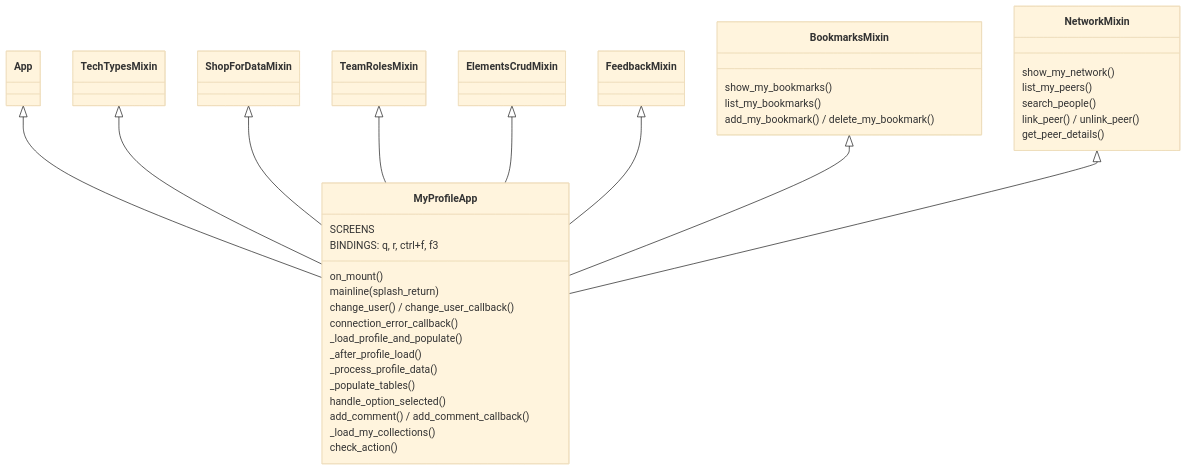
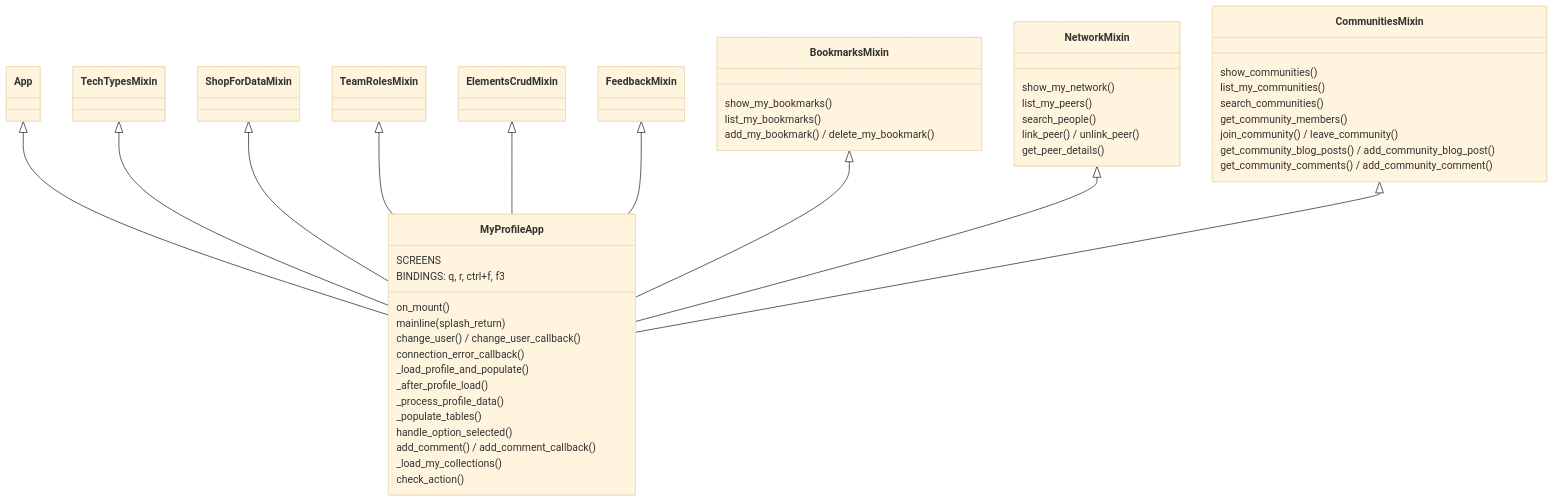
The first of 10 diagrams in docs/My-Egeria-Doc.md (odpi/egeria-python), drawn with Mermaid (base theme) before and after one commit. The commit also changed other lines of this file and 13 other files, not shown here.

````diff
--- a/docs/My-Egeria-Doc.md
+++ b/docs/My-Egeria-Doc.md
@@ -44,45 +46,55 @@
 ```mermaid
 classDiagram
     class App
     class MyProfileApp {
         SCREENS
         BINDINGS: q, r, ctrl+f, f3
         on_mount()
         mainline(splash_return)
         change_user() / change_user_callback()
         connection_error_callback()
         _load_profile_and_populate()
         _after_profile_load()
         _process_profile_data()
         _populate_tables()
         handle_option_selected()
         add_comment() / add_comment_callback()
         _load_my_collections()
         check_action()
     }
     class TechTypesMixin
     class ShopForDataMixin
     class TeamRolesMixin
     class ElementsCrudMixin
     class FeedbackMixin
     class BookmarksMixin {
         show_my_bookmarks()
         list_my_bookmarks()
         add_my_bookmark() / delete_my_bookmark()
     }
     class NetworkMixin {
         show_my_network()
         list_my_peers()
         search_people()
         link_peer() / unlink_peer()
         get_peer_details()
     }
+    class CommunitiesMixin {
+        show_communities()
+        list_my_communities()
+        search_communities()
+        get_community_members()
+        join_community() / leave_community()
+        get_community_blog_posts() / add_community_blog_post()
+        get_community_comments() / add_community_comment()
+    }
     App <|-- MyProfileApp
     TechTypesMixin <|-- MyProfileApp
     ShopForDataMixin <|-- MyProfileApp
     TeamRolesMixin <|-- MyProfileApp
     ElementsCrudMixin <|-- MyProfileApp
     FeedbackMixin <|-- MyProfileApp
     BookmarksMixin <|-- MyProfileApp
     NetworkMixin <|-- MyProfileApp
+    CommunitiesMixin <|-- MyProfileApp
 ```
````
